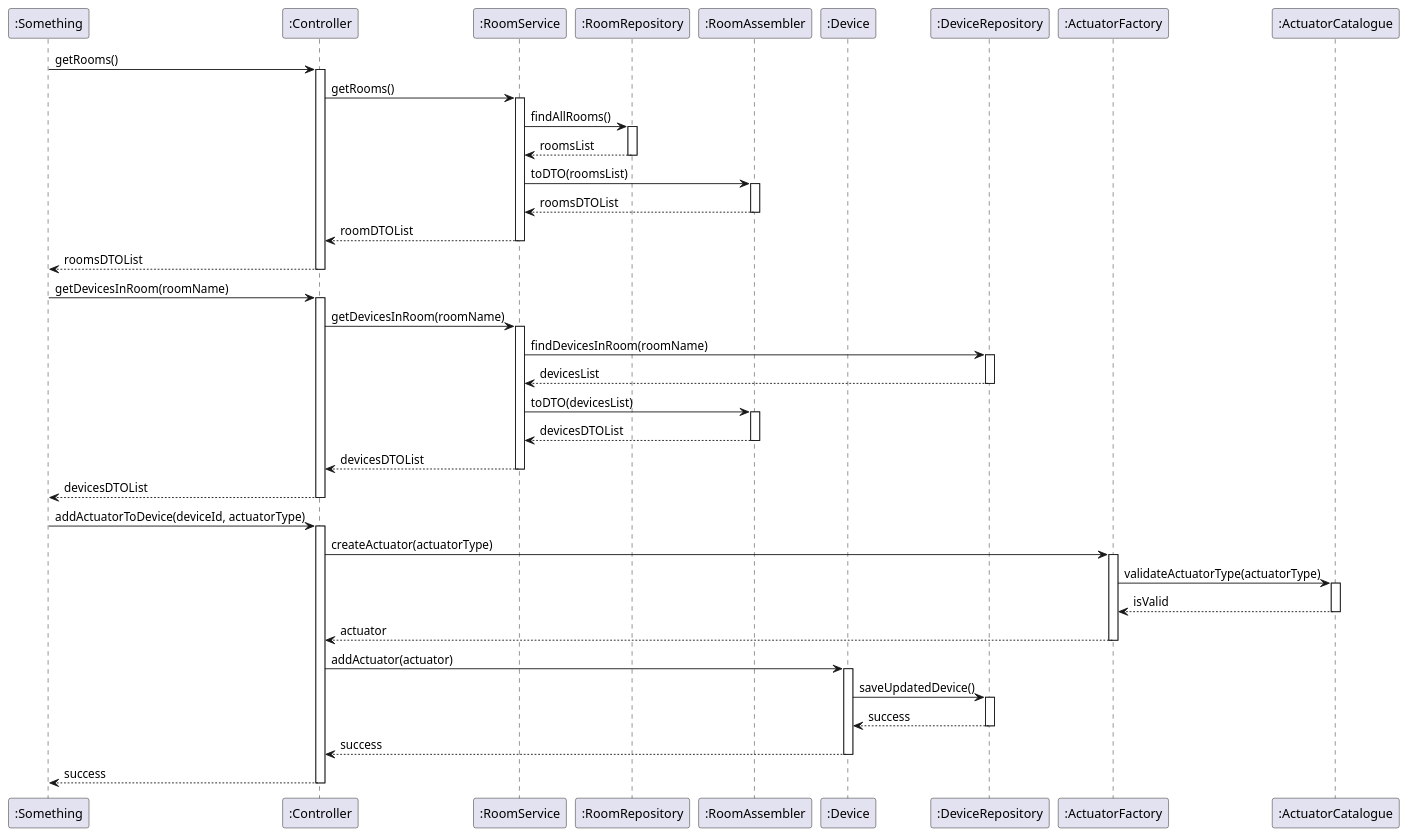
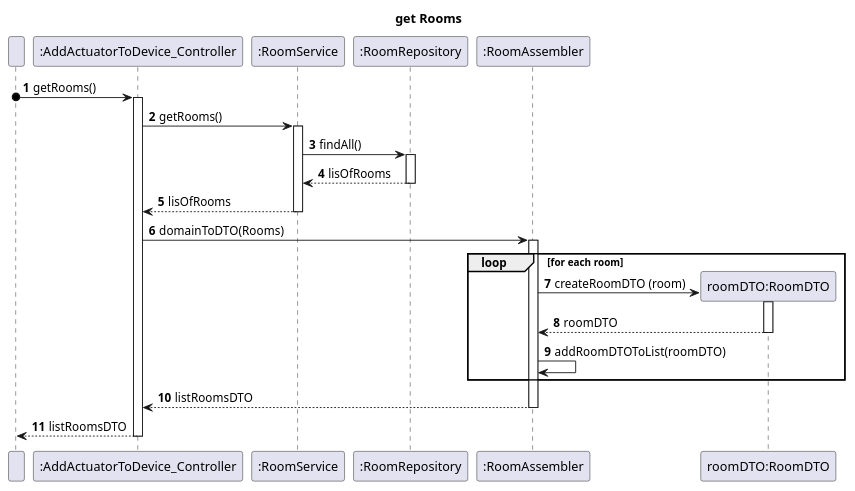
One commit to olivDiogo/SmartHome changed the second of 6 diagrams in docs/userStories/us12/artifacts/us12_SD.puml. Above: the diagram before and after it, drawn with PlantUML. The commit also changed other lines of this file and 13 other files, not shown here.

First line of the commit message:
docs: update to us12 readme, sequence diagram and class diagram

```diff
--- a/docs/userStories/us12/artifacts/us12_SD.puml
+++ b/docs/userStories/us12/artifacts/us12_SD.puml
@@ -1,71 +94,46 @@
 @startuml
 !pragma layout smetana
-participant ":Something" as Client
-participant ":Controller" as Controller
-participant ":RoomService" as RoomService
-participant ":RoomRepository" as RoomRepo
+title get Rooms
+autonumber
+
+participant " " as User
+participant ":AddActuatorToDevice_Controller" as AddActuatorToDevice_Controller
+participant ":RoomService" as roomService
+participant ":RoomRepository" as RoomRepository
 participant ":RoomAssembler" as RoomAssembler
-participant ":Device" as Device
-participant ":DeviceRepository" as DeviceRepo
-participant ":ActuatorFactory" as ActuatorFactory
-participant ":ActuatorCatalogue" as ActuatorCatalogue
+participant "roomDTO:RoomDTO" as RoomDTO
 
+User o-> AddActuatorToDevice_Controller: getRooms()
+activate AddActuatorToDevice_Controller
 
-Client -> Controller : getRooms()
-activate Controller
-Controller -> RoomService : getRooms()
-activate RoomService
-RoomService -> RoomRepo : findAllRooms()
-activate RoomRepo
-RoomRepo --> RoomService : roomsList
-deactivate RoomRepo
-RoomService -> RoomAssembler : toDTO(roomsList)
+AddActuatorToDevice_Controller -> roomService: getRooms()
+activate roomService
+
+roomService -> RoomRepository: findAll()
+activate RoomRepository
+
+RoomRepository --> roomService: lisOfRooms
+deactivate RoomRepository
+
+roomService --> AddActuatorToDevice_Controller: lisOfRooms
+deactivate roomService
+
+AddActuatorToDevice_Controller -> RoomAssembler: domainToDTO(Rooms)
 activate RoomAssembler
-RoomAssembler --> RoomService : roomsDTOList
+
+loop for each room
+    create RoomDTO
+    RoomAssembler -> RoomDTO: createRoomDTO (room)
+    activate RoomDTO
+    RoomDTO --> RoomAssembler: roomDTO
+    deactivate RoomDTO
+    RoomAssembler -> RoomAssembler: addRoomDTOToList(roomDTO)
+end
+
+RoomAssembler --> AddActuatorToDevice_Controller: listRoomsDTO
 deactivate RoomAssembler
-RoomService --> Controller : roomDTOList
-deactivate RoomService
-Controller --> Client : roomsDTOList
-deactivate Controller
 
-Client -> Controller : getDevicesInRoom(roomName)
-'isto devia ir ao Device Repo?
-activate Controller
-Controller -> RoomService : getDevicesInRoom(roomName)
-activate RoomService
-RoomService -> DeviceRepo : findDevicesInRoom(roomName)
-activate DeviceRepo
-DeviceRepo --> RoomService : devicesList
-deactivate DeviceRepo
-RoomService -> RoomAssembler : toDTO(devicesList)
-'tenho dúvidas sobre este método toDTO em RoomService
-activate RoomAssembler
-RoomAssembler --> RoomService : devicesDTOList
-deactivate RoomAssembler
-RoomService --> Controller : devicesDTOList
-deactivate RoomService
-Controller --> Client : devicesDTOList
-deactivate Controller
-Client -> Controller : addActuatorToDevice(deviceId, actuatorType)
-activate Controller
+AddActuatorToDevice_Controller --> User: listRoomsDTO
+deactivate AddActuatorToDevice_Controller
 
-Controller -> ActuatorFactory : createActuator(actuatorType)
-activate ActuatorFactory
-ActuatorFactory -> ActuatorCatalogue : validateActuatorType(actuatorType)
-activate ActuatorCatalogue
-ActuatorCatalogue --> ActuatorFactory : isValid
-deactivate ActuatorCatalogue
-ActuatorFactory --> Controller : actuator
-deactivate ActuatorFactory
-
-Controller -> Device : addActuator(actuator)
-activate Device
-Device -> DeviceRepo : saveUpdatedDevice()
-activate DeviceRepo
-DeviceRepo --> Device : success
-deactivate DeviceRepo
-Device --> Controller : success
-deactivate Device
-Controller --> Client : success
-deactivate Controller
 @enduml
```
